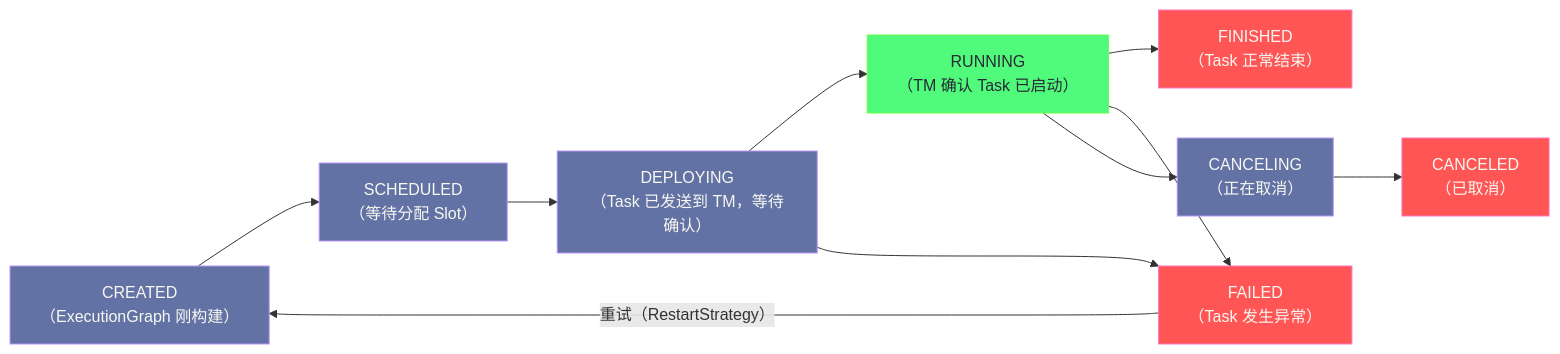
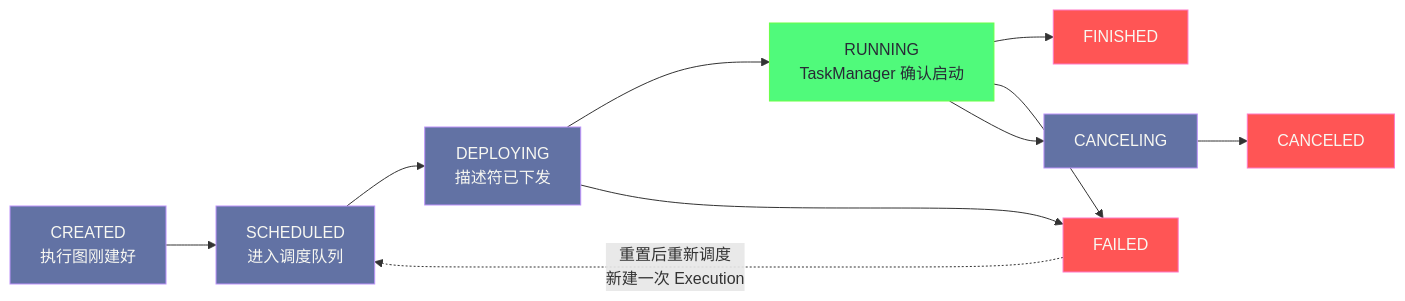
One commit to hpliStartAgain/my-brain changed the fifth of 5 diagrams in content/大数据/Flink/Flink原理深度解析与性能优化/02 从 StreamGraph 到 JobGraph 再到 ExecutionGraph.md. Above: the diagram before and after it, drawn with Mermaid. The commit also changed other lines of this file and 455 other files, not shown here.

````diff
--- a/content/大数据/Flink/Flink原理深度解析与性能优化/02 从 StreamGraph 到 JobGraph 再到 ExecutionGraph.md
+++ b/content/大数据/Flink/Flink原理深度解析与性能优化/02 从 StreamGraph 到 JobGraph 再到 ExecutionGraph.md
@@ -302,26 +467,26 @@
 ```mermaid
 %%{init: {'theme': 'dracula'}}%%
 graph LR
-    classDef running fill:#50fa7b,stroke:#69ff47,color:#282a36
-    classDef terminal fill:#ff5555,stroke:#ff79c6,color:#f8f8f2
-    classDef transient fill:#6272a4,stroke:#bd93f9,color:#f8f8f2
+    classDef wait fill:#6272a4,stroke:#bd93f9,color:#f8f8f2
+    classDef live fill:#50fa7b,stroke:#69ff47,color:#282a36
+    classDef dead fill:#ff5555,stroke:#ff79c6,color:#f8f8f2
 
-    CREATED["CREATED</br>（ExecutionGraph 刚构建）"]:::transient
-    SCHEDULED["SCHEDULED</br>（等待分配 Slot）"]:::transient
-    DEPLOYING["DEPLOYING</br>（Task 已发送到 TM，等待确认）"]:::transient
-    RUNNING["RUNNING</br>（TM 确认 Task 已启动）"]:::running
-    FINISHED["FINISHED</br>（Task 正常结束）"]:::terminal
-    FAILED["FAILED</br>（Task 发生异常）"]:::terminal
-    CANCELING["CANCELING</br>（正在取消）"]:::transient
-    CANCELED["CANCELED</br>（已取消）"]:::terminal
+    CREATED["CREATED<br/>执行图刚建好"]:::wait
+    SCHEDULED["SCHEDULED<br/>进入调度队列"]:::wait
+    DEPLOYING["DEPLOYING<br/>描述符已下发"]:::wait
+    RUNNING["RUNNING<br/>TaskManager 确认启动"]:::live
+    FINISHED["FINISHED"]:::dead
+    FAILED["FAILED"]:::dead
+    CANCELING["CANCELING"]:::wait
+    CANCELED["CANCELED"]:::dead
 
     CREATED --> SCHEDULED
     SCHEDULED --> DEPLOYING
     DEPLOYING --> RUNNING
     RUNNING --> FINISHED
     RUNNING --> FAILED
+    DEPLOYING --> FAILED
     RUNNING --> CANCELING
-    DEPLOYING --> FAILED
     CANCELING --> CANCELED
-    FAILED -->|"重试（RestartStrategy）"| CREATED
+    FAILED -.->|"重置后重新调度<br/>新建一次 Execution"| SCHEDULED
 ```
````
